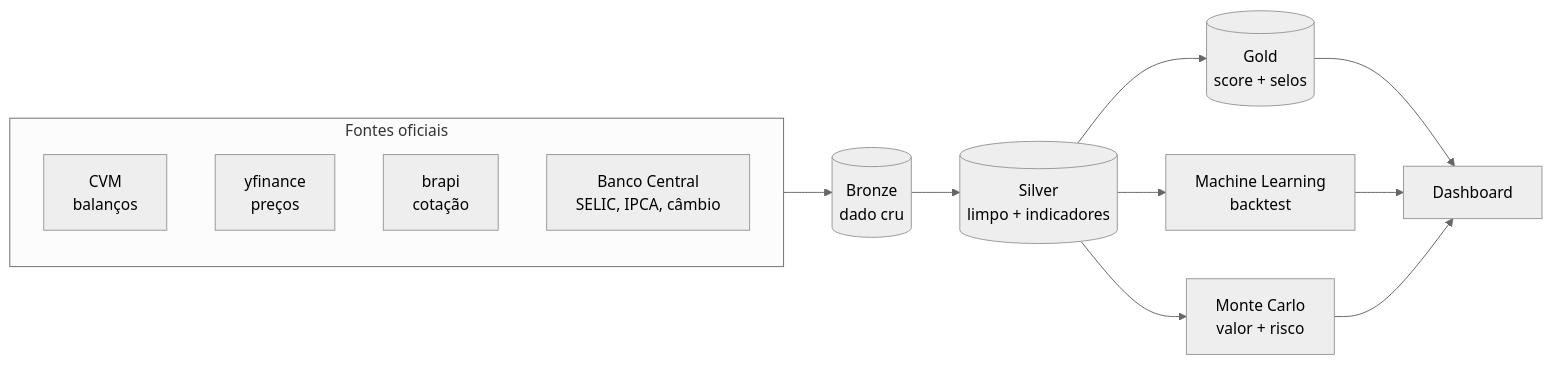
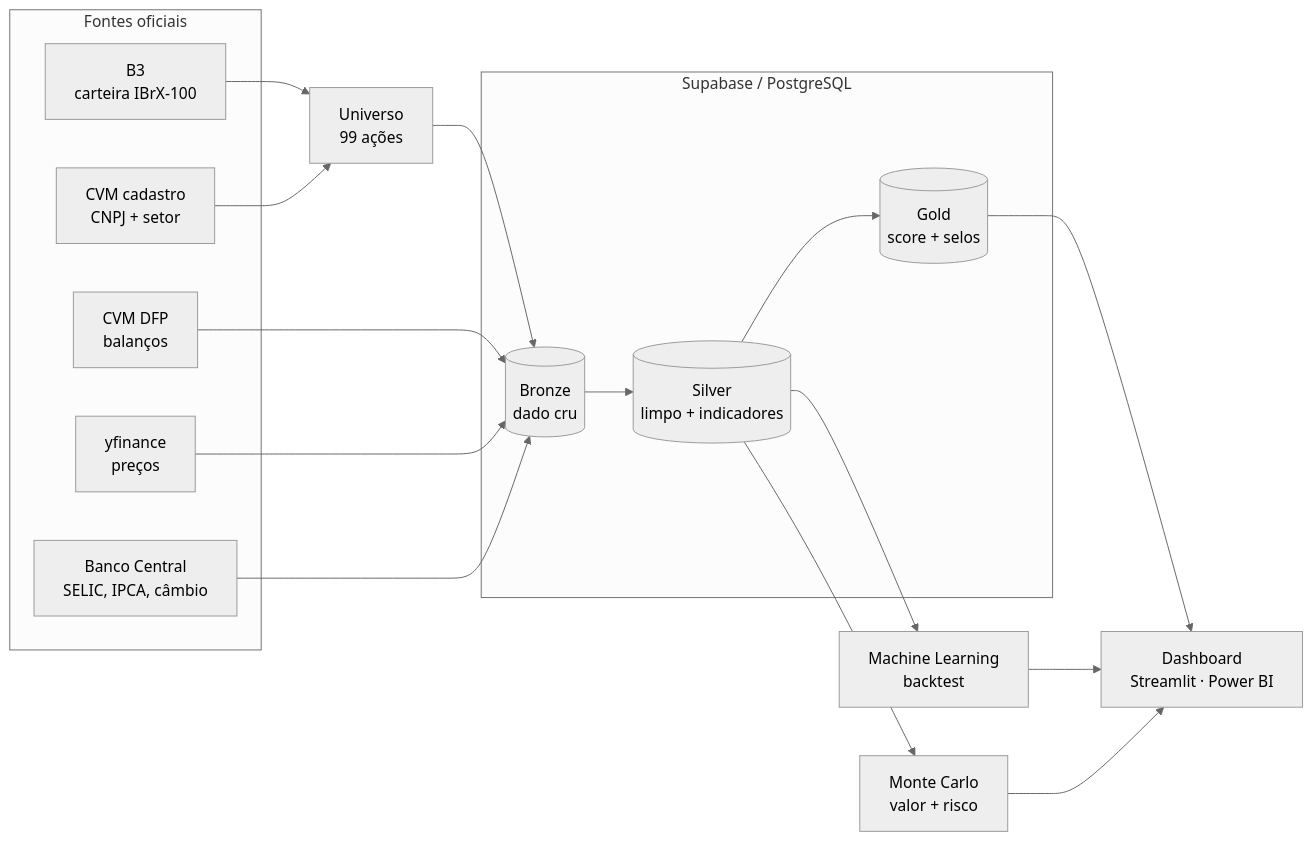
The diagram in README.md (Suami-Yonashiro/garimpo-alpha-b3), drawn with Mermaid (neutral theme) before and after one commit. The commit also changed other lines of this file and 2 other files, not shown here.

First line of the commit message:
docs: atualiza README e PRD para o estado real (IBrX-100, setores, Medallion, Power BI)

````diff
--- a/README.md
+++ b/README.md
@@ -41,17 +44,25 @@
 ```mermaid
 flowchart LR
     subgraph F[Fontes oficiais]
-      CVM[CVM<br/>balanços]
+      B3[B3<br/>carteira IBrX-100]
+      CAD[CVM cadastro<br/>CNPJ + setor]
+      CVM[CVM DFP<br/>balanços]
       YF[yfinance<br/>preços]
-      BR[brapi<br/>cotação]
       BCB[Banco Central<br/>SELIC, IPCA, câmbio]
     end
-    F --> B[(Bronze<br/>dado cru)]
-    B --> S[(Silver<br/>limpo + indicadores)]
-    S --> G[(Gold<br/>score + selos)]
+    B3 --> U[Universo<br/>99 ações]
+    CAD --> U
+    U --> B
+    CVM --> B
+    YF --> B
+    BCB --> B
+    subgraph SB[Supabase / PostgreSQL]
+      B[(Bronze<br/>dado cru)] --> S[(Silver<br/>limpo + indicadores)]
+      S --> G[(Gold<br/>score + selos)]
+    end
     S --> ML[Machine Learning<br/>backtest]
     S --> MC[Monte Carlo<br/>valor + risco]
-    G --> D[Dashboard]
+    G --> D[Dashboard<br/>Streamlit · Power BI]
     ML --> D
     MC --> D
 ```
````
